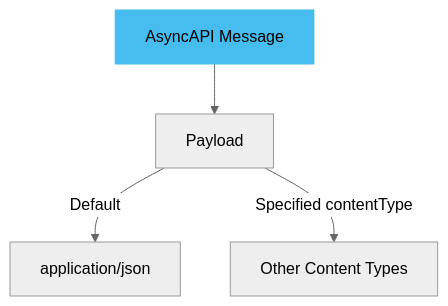
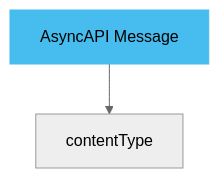
Before and after one commit to asyncapi/website: the third of 4 diagrams in pages/docs/concepts/asyncapi-document/adding-messages.md, drawn with Mermaid (neutral theme). The commit also changed other lines of this file, not shown here.

````diff
--- a/pages/docs/concepts/asyncapi-document/adding-messages.md
+++ b/pages/docs/concepts/asyncapi-document/adding-messages.md
@@ -72,8 +69,5 @@
 ```mermaid
 graph TD;
-    A[AsyncAPI Message] --> B[Payload]
-    B -->|Default| C[application/json]
-    B -->|Specified contentType| D[Other Content Types]
-
+    A[AsyncAPI Message] --> B[contentType]
     style A fill:#47BCEE,stroke:#47BCEE;
 ```
````
